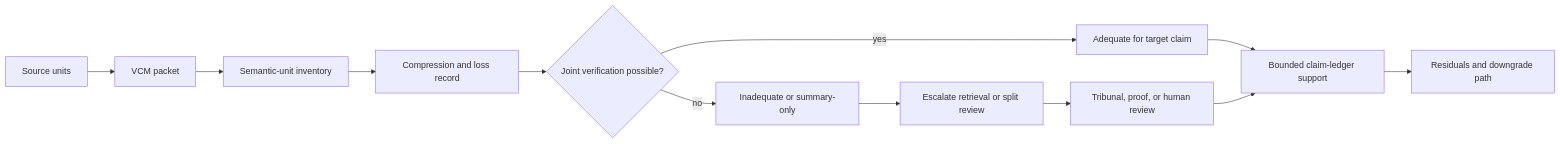
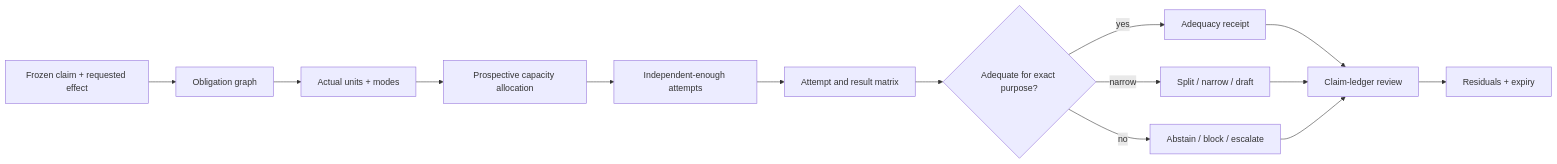
Before and after one commit to corbensorenson/asi-stack-book: the diagram in chapters/verification-bandwidth-and-context-adequacy.qmd, drawn with Mermaid. The commit also changed other lines of this file and 723 other files, not shown here.

Commit message:
Checkpoint claim-proof and semantic refinement cycle

````diff
--- a/chapters/verification-bandwidth-and-context-adequacy.qmd
+++ b/chapters/verification-bandwidth-and-context-adequacy.qmd
@@ -104,14 +230,16 @@
 ```{mermaid}
 flowchart LR
-  A["Source units"] --> B["VCM packet"]
-  B --> C["Semantic-unit inventory"]
-  C --> D["Compression and loss record"]
-  D --> E{"Joint verification possible?"}
-  E -- "yes" --> F["Adequate for target claim"]
-  E -- "no" --> G["Inadequate or summary-only"]
-  G --> H["Escalate retrieval or split review"]
-  H --> I["Tribunal, proof, or human review"]
-  F --> J["Bounded claim-ledger support"]
-  I --> J
-  J --> K["Residuals and downgrade path"]
+  A["Frozen claim + requested effect"] --> B["Obligation graph"]
+  B --> C["Actual units + modes"]
+  C --> D["Prospective capacity allocation"]
+  D --> E["Independent-enough attempts"]
+  E --> F["Attempt and result matrix"]
+  F --> G{"Adequate for exact purpose?"}
+  G -- "yes" --> H["Adequacy receipt"]
+  G -- "narrow" --> I["Split / narrow / draft"]
+  G -- "no" --> J["Abstain / block / escalate"]
+  H --> K["Claim-ledger review"]
+  I --> K
+  J --> K
+  K --> L["Residuals + expiry"]
 ```
````
